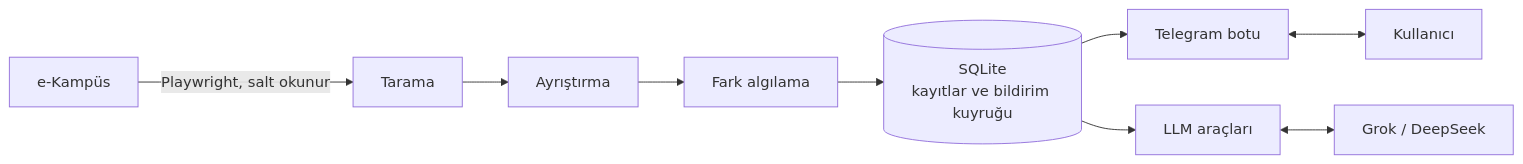
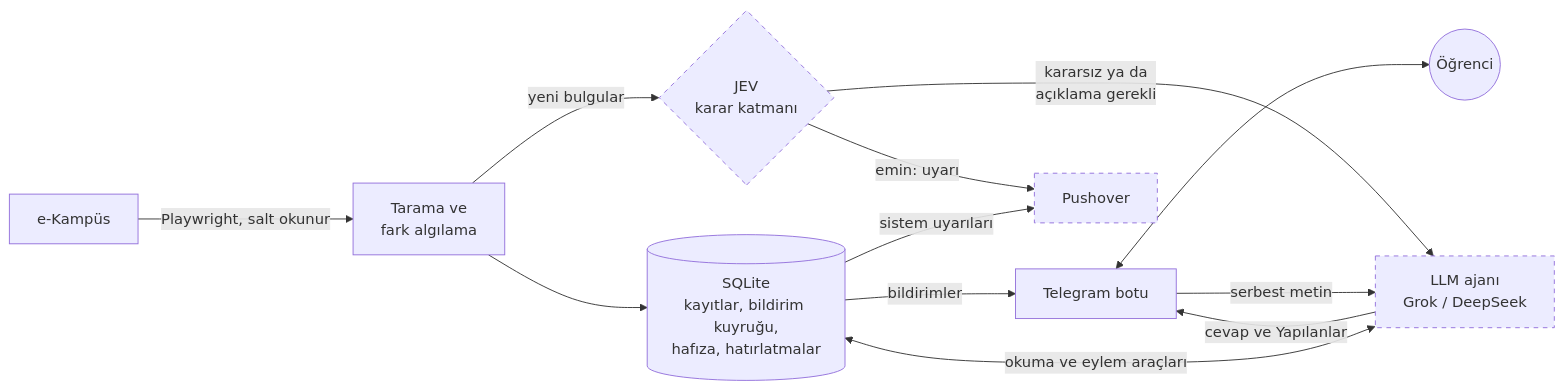
Before and after one commit to EmirKurt09/adhd_products: the diagram in README.md, drawn with Mermaid. The commit also changed other lines of this file and 1 other file, not shown here.

First line of the commit message:
README: ajan, hafıza, hatırlatıcı, isteğe bağlı özellikler ve yeni mimari şema

````diff
--- a/README.md
+++ b/README.md
@@ -20,11 +37,16 @@
 ```mermaid
 flowchart LR
-    S[e-Kampüs] -->|Playwright, salt okunur| T[Tarama]
-    T --> P[Ayrıştırma]
-    P --> D[Fark algılama]
-    D --> DB[(SQLite<br/>kayıtlar ve bildirim kuyruğu)]
-    DB --> B[Telegram botu]
-    DB --> L[LLM araçları]
-    L <--> M[Grok / DeepSeek]
-    B <--> U[Kullanıcı]
+    S[e-Kampüs] -->|Playwright, salt okunur| T[Tarama ve<br/>fark algılama]
+    T --> DB[(SQLite<br/>kayıtlar, bildirim kuyruğu,<br/>hafıza, hatırlatmalar)]
+    DB -->|bildirimler| TG[Telegram botu]
+    TG <--> U((Öğrenci))
+    T -->|yeni bulgular| J{JEV<br/>karar katmanı}
+    J -->|emin: uyarı| PO[Pushover]
+    J -->|kararsız ya da<br/>açıklama gerekli| A
+    TG -->|serbest metin| A[LLM ajanı<br/>Grok / DeepSeek]
+    A -->|cevap ve Yapılanlar| TG
+    A <-->|okuma ve eylem araçları| DB
+    DB -->|sistem uyarıları| PO
+    classDef optional stroke-dasharray: 5 5
+    class J,A,PO optional
 ```
````
